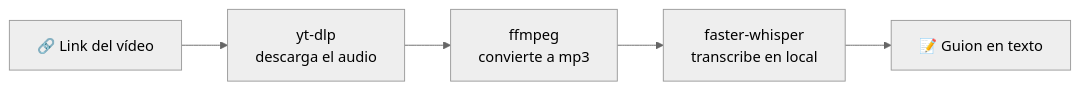
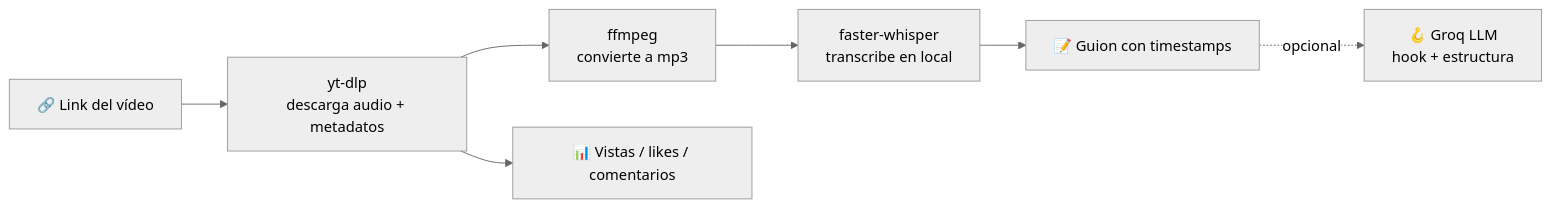
One commit to Emmanuel-Edogiawerie/video-transcriptor changed the diagram in README.md. Above: the diagram before and after it, drawn with Mermaid (neutral theme). The commit also changed other lines of this file and 2 other files, not shown here.

Commit message:
Anadir timestamps, export a Obsidian .md, analiticas del video y analisis de hook via Groq

````diff
--- a/README.md
+++ b/README.md
@@ -24,7 +30,9 @@
 ```mermaid
 flowchart LR
-    A["🔗 Link del vídeo"] --> B["yt-dlp<br/>descarga el audio"]
+    A["🔗 Link del vídeo"] --> B["yt-dlp<br/>descarga audio + metadatos"]
     B --> C["ffmpeg<br/>convierte a mp3"]
     C --> D["faster-whisper<br/>transcribe en local"]
-    D --> E["📝 Guion en texto"]
+    D --> E["📝 Guion con timestamps"]
+    B --> F["📊 Vistas / likes / comentarios"]
+    E -.opcional.-> G["🪝 Groq LLM<br/>hook + estructura"]
 ```
````
